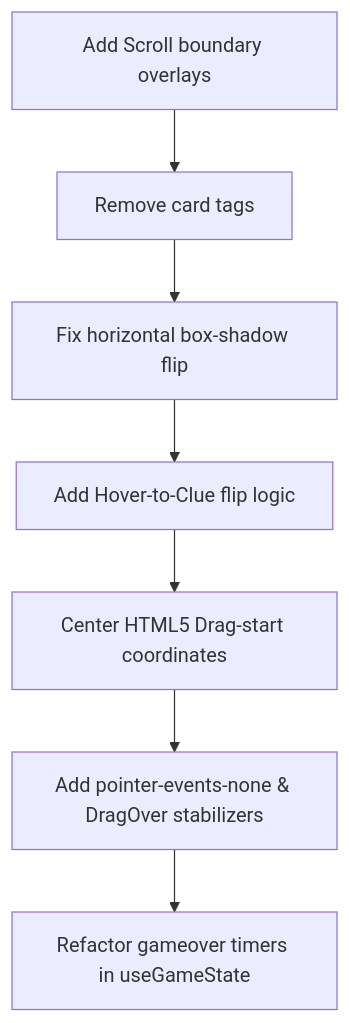
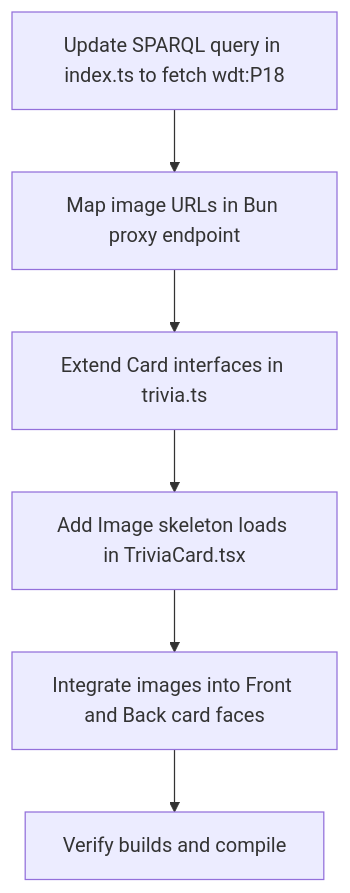
The diagram in PLAN.md (j1znuneel/indian-trivia), drawn with Mermaid before and after one commit. The commit also changed other lines of this file and 6 other files, not shown here.

Commit message:
ui:added images in the card

````diff
--- a/PLAN.md
+++ b/PLAN.md
@@ -9,9 +9,8 @@
 ```mermaid
 graph TD
-    A[Add Scroll boundary overlays] --> B[Remove card tags]
-    B --> C[Fix horizontal box-shadow flip]
-    C --> D[Add Hover-to-Clue flip logic]
-    D --> E[Center HTML5 Drag-start coordinates]
-    E --> F[Add pointer-events-none & DragOver stabilizers]
-    F --> G[Refactor gameover timers in useGameState]
+    A[Update SPARQL query in index.ts to fetch wdt:P18] --> B[Map image URLs in Bun proxy endpoint]
+    B --> C[Extend Card interfaces in trivia.ts]
+    C --> D[Add Image skeleton loads in TriviaCard.tsx]
+    D --> E[Integrate images into Front and Back card faces]
+    E --> F[Verify builds and compile]
 ```
````
